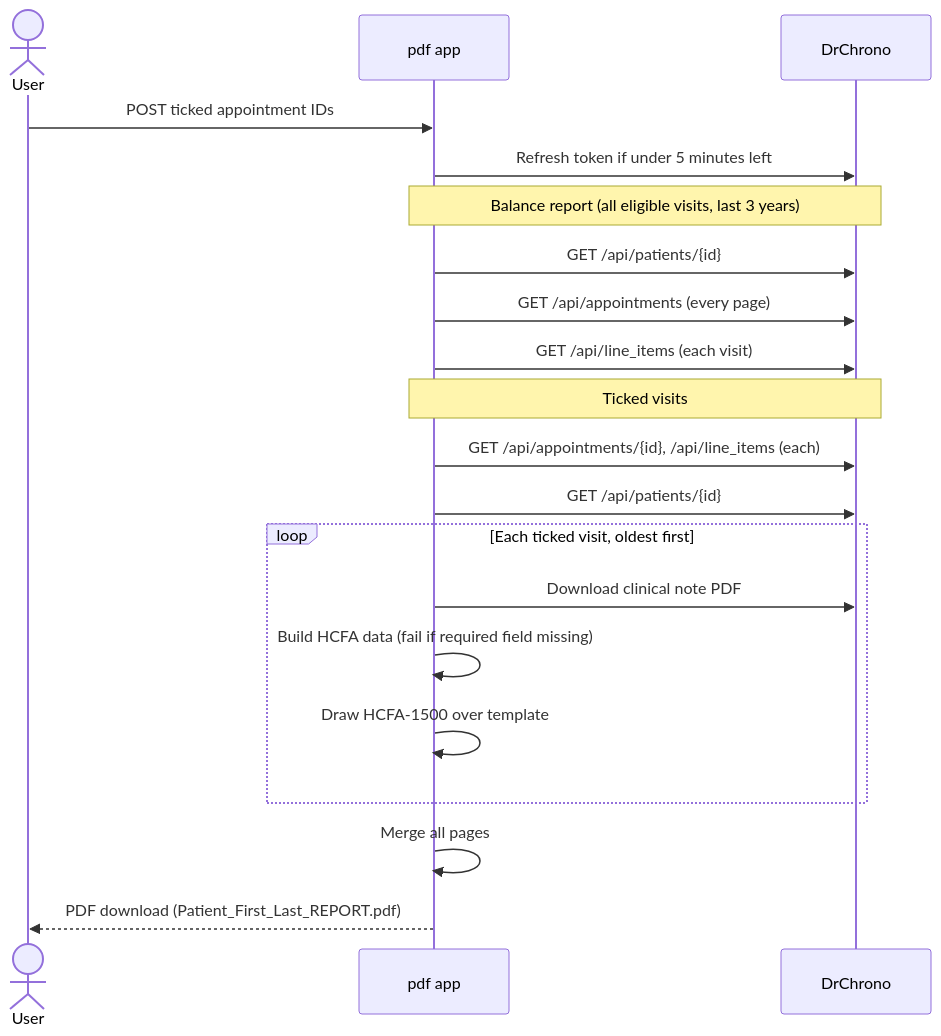
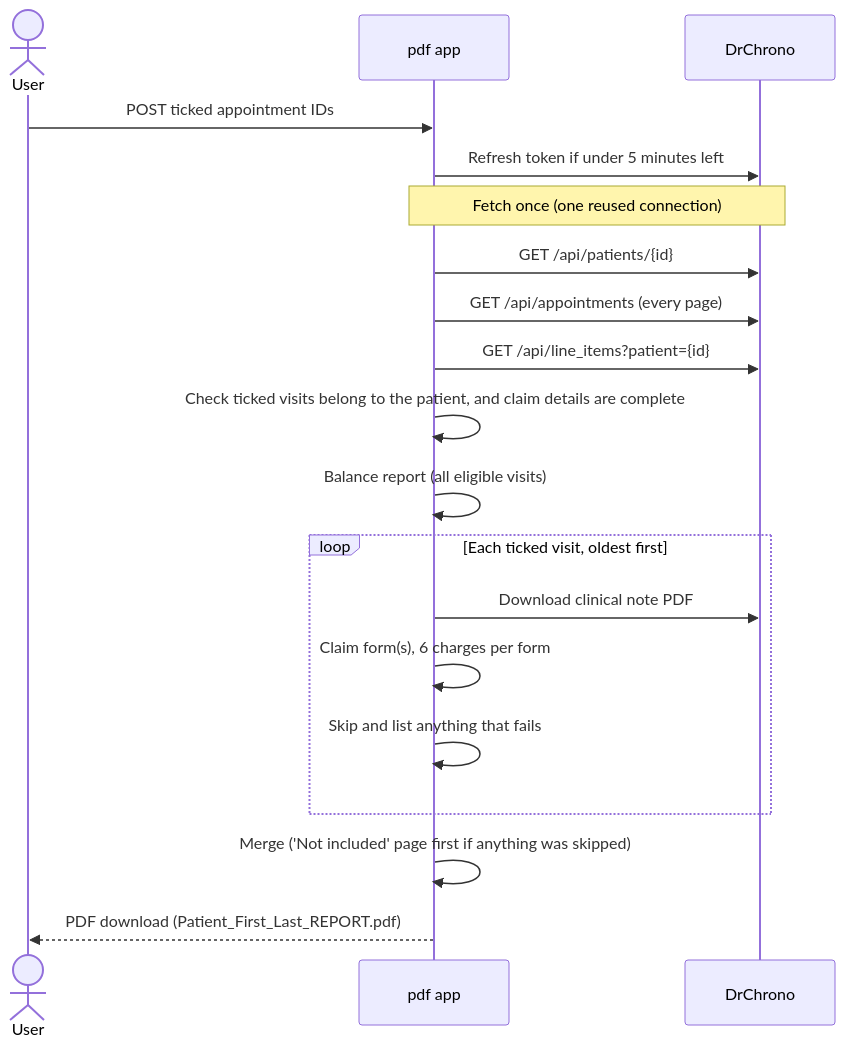
One commit to Pirateqeq/DrChrono_PDF_Compiler changed the second of 2 diagrams in SYSTEM_MAP.md. Above: the diagram before and after it, drawn with Mermaid. The commit also changed other lines of this file and 5 other files, not shown here.

````diff
--- a/SYSTEM_MAP.md
+++ b/SYSTEM_MAP.md
@@ -62,23 +62,22 @@
 ```mermaid
 sequenceDiagram
     actor User
     participant PDF as pdf app
     participant DC as DrChrono
 
     User->>PDF: POST ticked appointment IDs
     PDF->>DC: Refresh token if under 5 minutes left
-    Note over PDF,DC: Balance report (all eligible visits, last 3 years)
+    Note over PDF,DC: Fetch once (one reused connection)
     PDF->>DC: GET /api/patients/{id}
     PDF->>DC: GET /api/appointments (every page)
-    PDF->>DC: GET /api/line_items (each visit)
-    Note over PDF,DC: Ticked visits
-    PDF->>DC: GET /api/appointments/{id}, /api/line_items (each)
-    PDF->>DC: GET /api/patients/{id}
+    PDF->>DC: GET /api/line_items?patient={id}
+    PDF->>PDF: Check ticked visits belong to the patient, and claim details are complete
+    PDF->>PDF: Balance report (all eligible visits)
     loop Each ticked visit, oldest first
         PDF->>DC: Download clinical note PDF
-        PDF->>PDF: Build HCFA data (fail if required field missing)
-        PDF->>PDF: Draw HCFA-1500 over template
+        PDF->>PDF: Claim form(s), 6 charges per form
+        PDF->>PDF: Skip and list anything that fails
     end
-    PDF->>PDF: Merge all pages
+    PDF->>PDF: Merge ('Not included' page first if anything was skipped)
     PDF-->>User: PDF download (Patient_First_Last_REPORT.pdf)
 ```
````
